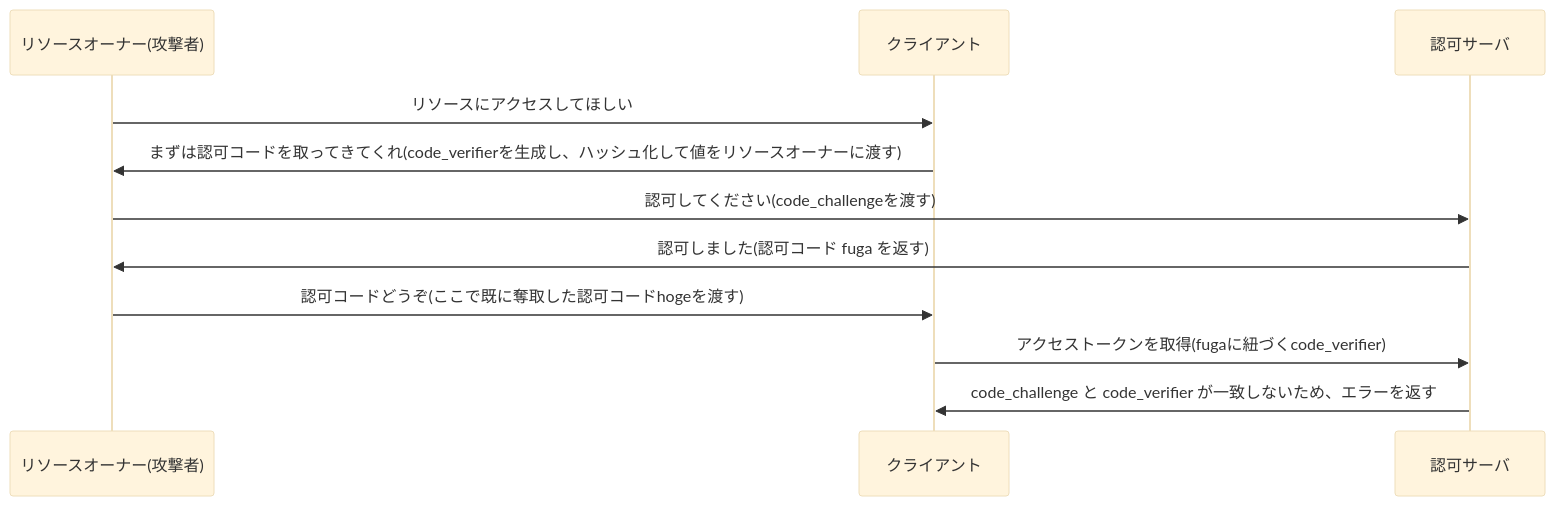
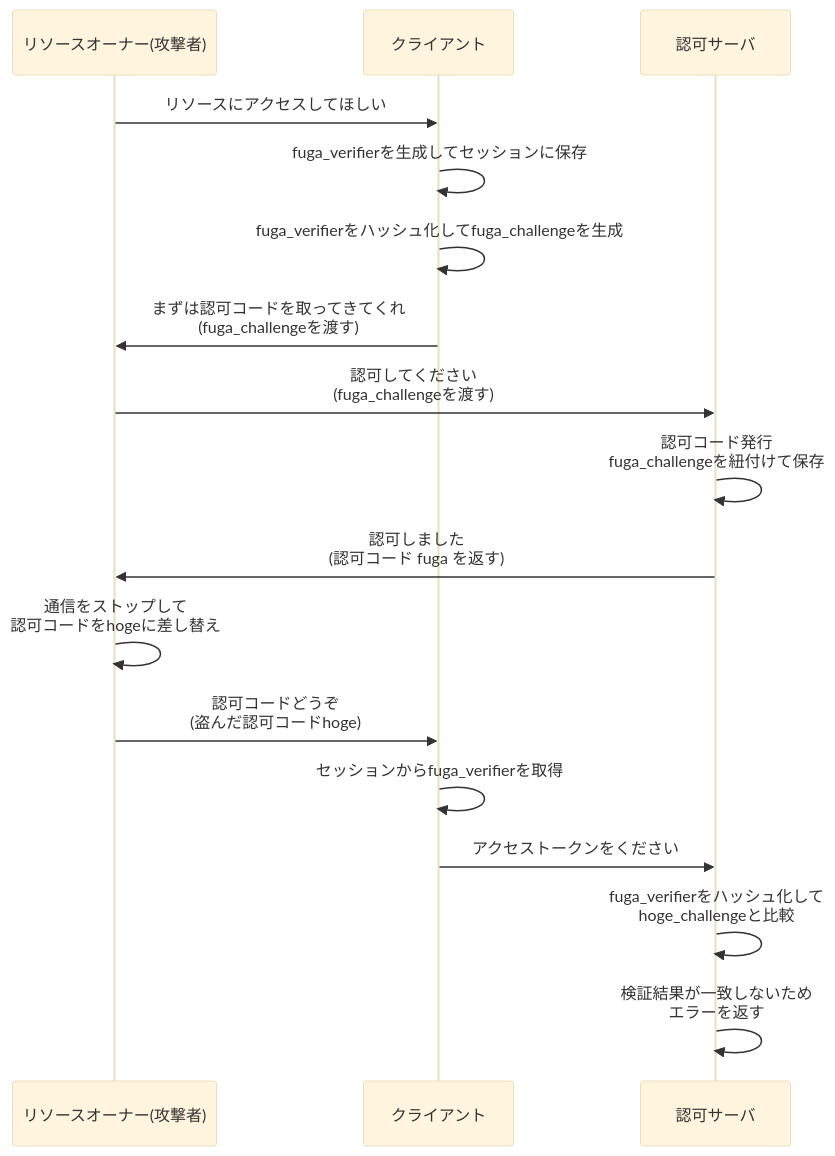
Diagram 12 of 20 in articles/5e8da6c491e720.md (calloc134/zenn-dir), drawn with Mermaid (base theme) before and after one commit. The commit also changed other lines of this file, not shown here.

Commit message:
とりあえずpkceのフロー図+気になるところ

````diff
--- a/articles/5e8da6c491e720.md
+++ b/articles/5e8da6c491e720.md
@@ -1093,14 +1101,21 @@
 ```mermaid
 sequenceDiagram
     participant リソースオーナー(攻撃者)
     participant クライアント
     participant 認可サーバ
 
     リソースオーナー(攻撃者)->>クライアント: リソースにアクセスしてほしい
-    クライアント->>リソースオーナー(攻撃者): まずは認可コードを取ってきてくれ(code_verifierを生成し、ハッシュ化して値をリソースオーナーに渡す)
-    リソースオーナー(攻撃者)->>認可サーバ: 認可してください(code_challengeを渡す)
-    認可サーバ->>リソースオーナー(攻撃者): 認可しました(認可コード fuga を返す)
-    リソースオーナー(攻撃者)->>クライアント: 認可コードどうぞ(ここで既に奪取した認可コードhogeを渡す)
-    クライアント->>認可サーバ: アクセストークンを取得(fugaに紐づくcode_verifier)
-    認可サーバ->>クライアント: code_challenge と code_verifier が一致しないため、エラーを返す
+    クライアント->>クライアント: fuga_verifierを生成してセッションに保存
+    クライアント->>クライアント: fuga_verifierをハッシュ化してfuga_challengeを生成
+    クライアント->>リソースオーナー(攻撃者): まずは認可コードを取ってきてくれ<br>(fuga_challengeを渡す)
+    リソースオーナー(攻撃者)->>認可サーバ: 認可してください<br>(fuga_challengeを渡す)
+    認可サーバ->>認可サーバ: 認可コード発行<br>fuga_challengeを紐付けて保存
+    認可サーバ->>リソースオーナー(攻撃者): 認可しました<br>(認可コード fuga を返す)
+    リソースオーナー(攻撃者)->>リソースオーナー(攻撃者): 通信をストップして<br>認可コードをhogeに差し替え
+    リソースオーナー(攻撃者)->>クライアント: 認可コードどうぞ<br>(盗んだ認可コードhoge)
+    クライアント->>クライアント: セッションからfuga_verifierを取得
+    クライアント->>認可サーバ: アクセストークンをください
+    認可サーバ->>認可サーバ: fuga_verifierをハッシュ化して<br>hoge_challengeと比較
+    認可サーバ->>認可サーバ: 検証結果が一致しないため<br>エラーを返す
+
 ```
````
